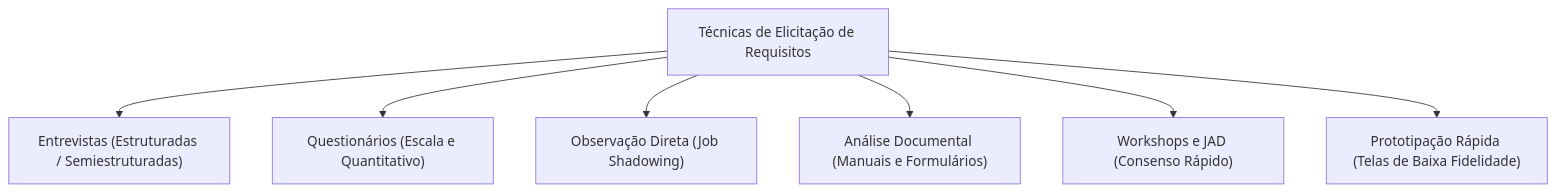
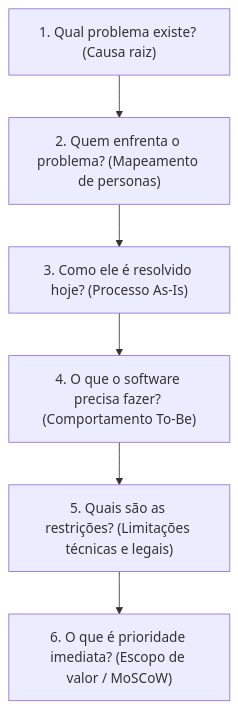
Before and after one commit to murilolol/unifef: the sixth of 29 diagrams in 4º Semestre/[Prof. Wesley Soares] Engenharia de Software II/Resumos-IA/Simulados-Comentados.md, drawn with Mermaid. The commit also changed other lines of this file and 40 other files, not shown here.

````diff
--- a/4º Semestre/[Prof. Wesley Soares] Engenharia de Software II/Resumos-IA/Simulados-Comentados.md
+++ b/4º Semestre/[Prof. Wesley Soares] Engenharia de Software II/Resumos-IA/Simulados-Comentados.md
@@ -474,10 +231,8 @@
 ```mermaid
 flowchart TD
- T["Técnicas de Elicitação de Requisitos"]
- T --> E["Entrevistas (Estruturadas / Semiestruturadas)"]
- T --> Q["Questionários (Escala e Quantitativo)"]
- T --> O["Observação Direta (Job Shadowing)"]
- T --> AD["Análise Documental (Manuais e Formulários)"]
- T --> W["Workshops e JAD (Consenso Rápido)"]
- T --> P["Prototipação Rápida (Telas de Baixa Fidelidade)"]
+ Q1["1. Qual problema existe? (Causa raiz)"] --> Q2["2. Quem enfrenta o problema? (Mapeamento de personas)"]
+ Q2 --> Q3["3. Como ele é resolvido hoje? (Processo As-Is)"]
+ Q3 --> Q4["4. O que o software precisa fazer? (Comportamento To-Be)"]
+ Q4 --> Q5["5. Quais são as restrições? (Limitações técnicas e legais)"]
+ Q5 --> Q6["6. O que é prioridade imediata? (Escopo de valor / MoSCoW)"]
 ```
````
